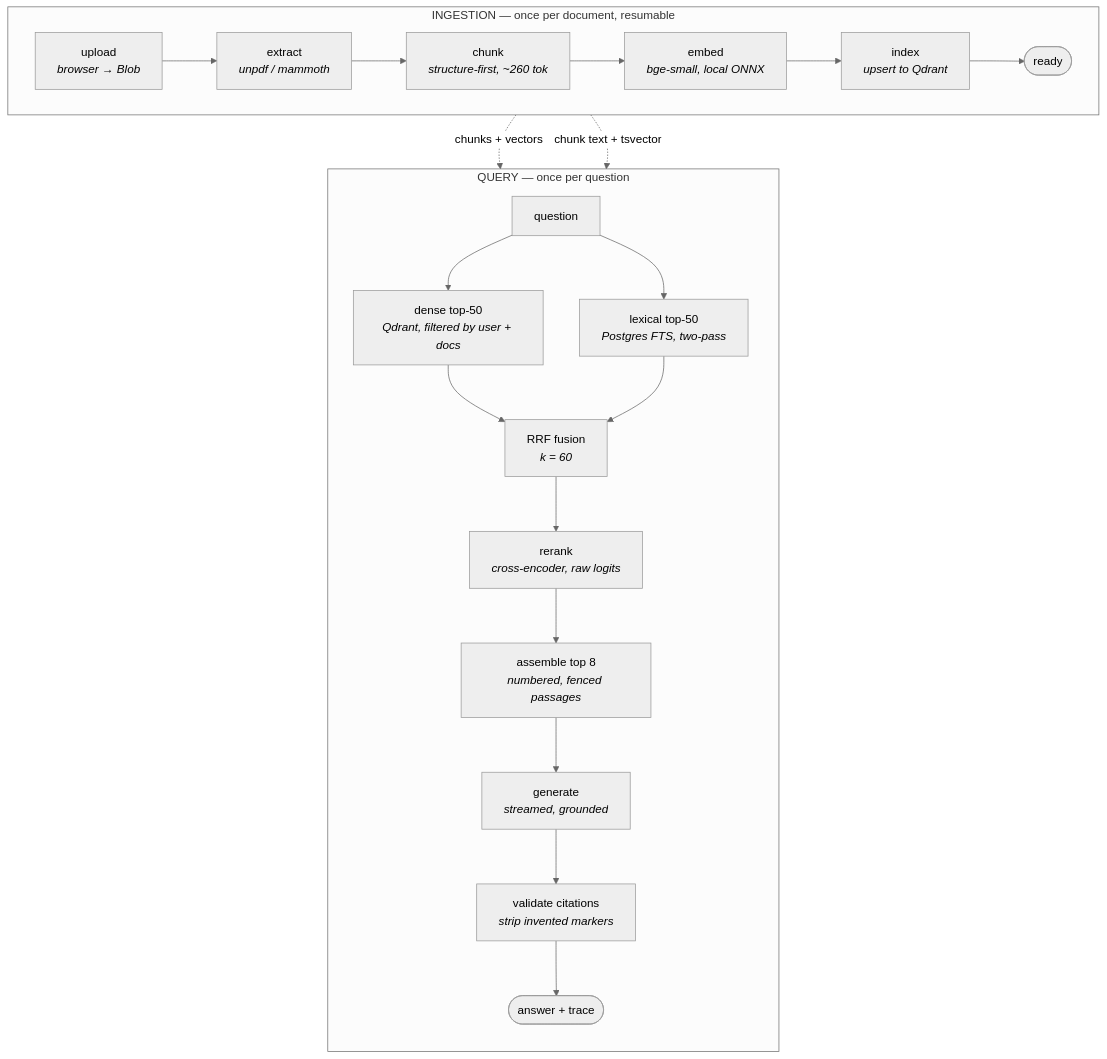
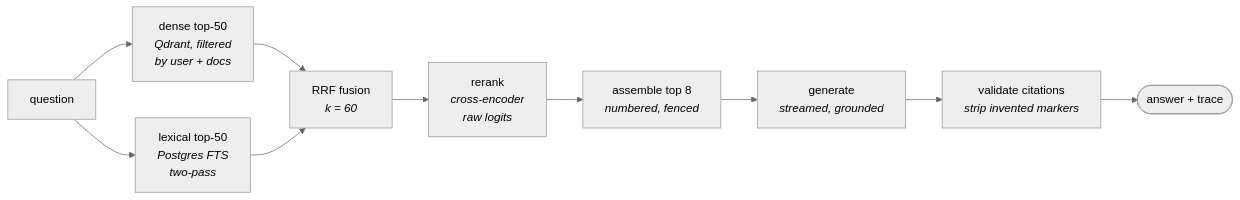
The second of 2 diagrams in README.md (HajibagheriLabs/Marginalia), drawn with Mermaid (neutral theme) before and after one commit. The commit also changed other lines of this file, not shown here.

Commit message:
docs: split the architecture diagram so Mermaid lays it out cleanly
A link between two subgraphs makes Mermaid ignore their `direction`
declarations, so the combined diagram rendered as two tall mismatched columns
on GitHub. Two diagrams, one per path, render as compact horizontal flows; the
join between them is a sentence, which is where it reads better anyway.

````diff
--- a/README.md
+++ b/README.md
@@ -42,27 +58,12 @@
 ```mermaid
-flowchart TB
-    subgraph ingest["INGESTION — once per document, resumable"]
-        direction LR
-        U["upload<br/><i>browser → Blob</i>"] --> E["extract<br/><i>unpdf / mammoth</i>"]
-        E --> C["chunk<br/><i>structure-first, ~260 tok</i>"]
-        C --> M["embed<br/><i>bge-small, local ONNX</i>"]
-        M --> X["index<br/><i>upsert to Qdrant</i>"]
-        X --> R(["ready"])
-    end
-
-    subgraph query["QUERY — once per question"]
-        direction TB
-        Q["question"] --> D["dense top-50<br/><i>Qdrant, filtered by user + docs</i>"]
-        Q --> L["lexical top-50<br/><i>Postgres FTS, two-pass</i>"]
-        D --> F["RRF fusion<br/><i>k = 60</i>"]
-        L --> F
-        F --> RR["rerank<br/><i>cross-encoder, raw logits</i>"]
-        RR --> A["assemble top 8<br/><i>numbered, fenced passages</i>"]
-        A --> G["generate<br/><i>streamed, grounded</i>"]
-        G --> V["validate citations<br/><i>strip invented markers</i>"]
-        V --> ANS(["answer + trace"])
-    end
-
-    R -. "chunks + vectors" .-> D
-    R -. "chunk text + tsvector" .-> L
+flowchart LR
+    Q["question"] --> D["dense top-50<br/><i>Qdrant, filtered<br/>by user + docs</i>"]
+    Q --> L["lexical top-50<br/><i>Postgres FTS<br/>two-pass</i>"]
+    D --> F["RRF fusion<br/><i>k = 60</i>"]
+    L --> F
+    F --> RR["rerank<br/><i>cross-encoder<br/>raw logits</i>"]
+    RR --> A["assemble top 8<br/><i>numbered, fenced</i>"]
+    A --> G["generate<br/><i>streamed, grounded</i>"]
+    G --> V["validate citations<br/><i>strip invented markers</i>"]
+    V --> ANS(["answer + trace"])
 ```
````
